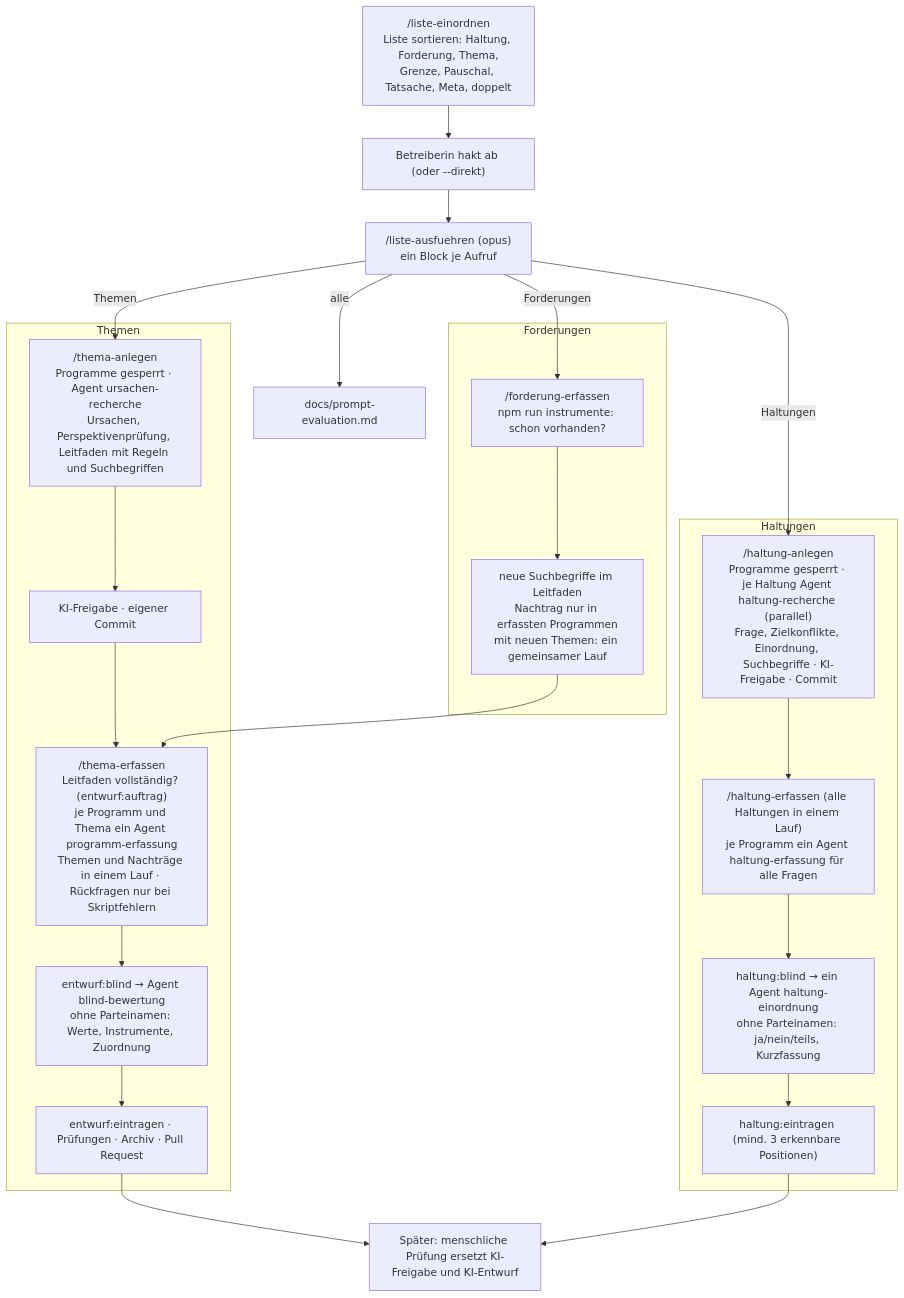
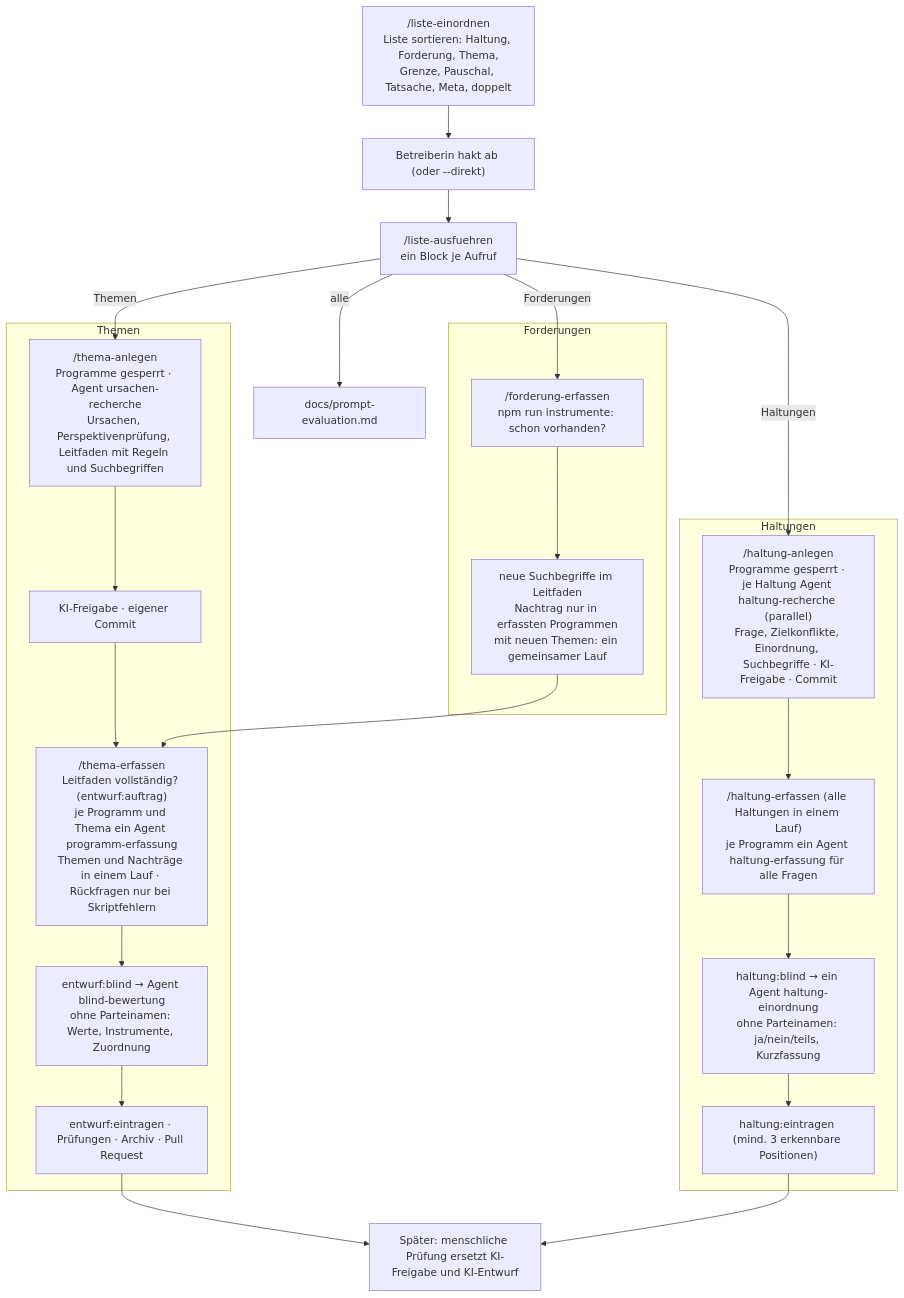
The diagram in .claude/skills/README.md (politik-duell/politik-duell), drawn with Mermaid before and after one commit. The commit also changed other lines of this file and 7 other files, not shown here.

````diff
--- a/.claude/skills/README.md
+++ b/.claude/skills/README.md
@@ -5,33 +5,33 @@
 ```mermaid
 flowchart TD
     L["/liste-einordnen<br/>Liste sortieren: Haltung, Forderung, Thema,<br/>Grenze, Pauschal, Tatsache, Meta, doppelt"]
     LA["Betreiberin hakt ab (oder --direkt)"]
-    LB["/liste-ausfuehren (opus)<br/>ein Block je Aufruf"]
+    LB["/liste-ausfuehren<br/>ein Block je Aufruf"]
     L --> LA --> LB
     LB -->|Haltungen| H1
     LB -->|Themen| T1
     LB -->|Forderungen| F1
     LB -->|alle| EV["docs/prompt-evaluation.md"]
     subgraph T["Themen"]
         T1["/thema-anlegen<br/>Programme gesperrt · Agent ursachen-recherche<br/>Ursachen, Perspektivenprüfung, Leitfaden mit Regeln und Suchbegriffen"]
         T2["KI-Freigabe · eigener Commit"]
         T3["/thema-erfassen<br/>Leitfaden vollständig? (entwurf:auftrag)<br/>je Programm und Thema ein Agent programm-erfassung<br/>Themen und Nachträge in einem Lauf · Rückfragen nur bei Skriptfehlern"]
         T4["entwurf:blind → Agent blind-bewertung<br/>ohne Parteinamen: Werte, Instrumente, Zuordnung"]
         T5["entwurf:eintragen · Prüfungen · Archiv · Pull Request"]
         T1 --> T2 --> T3 --> T4 --> T5
     end
     subgraph F["Forderungen"]
         F1["/forderung-erfassen<br/>npm run instrumente: schon vorhanden?"]
         F2["neue Suchbegriffe im Leitfaden<br/>Nachtrag nur in erfassten Programmen<br/>mit neuen Themen: ein gemeinsamer Lauf"]
         F1 --> F2 --> T3
     end
     subgraph H["Haltungen"]
         H1["/haltung-anlegen<br/>Programme gesperrt · je Haltung Agent haltung-recherche (parallel)<br/>Frage, Zielkonflikte, Einordnung, Suchbegriffe · KI-Freigabe · Commit"]
         H2["/haltung-erfassen (alle Haltungen in einem Lauf)<br/>je Programm ein Agent haltung-erfassung für alle Fragen"]
         H3["haltung:blind → ein Agent haltung-einordnung<br/>ohne Parteinamen: ja/nein/teils, Kurzfassung"]
         H4["haltung:eintragen (mind. 3 erkennbare Positionen)"]
         H1 --> H2 --> H3 --> H4
     end
     T5 --> P["Später: menschliche Prüfung ersetzt KI-Freigabe und KI-Entwurf"]
     H4 --> P
 ```
````
